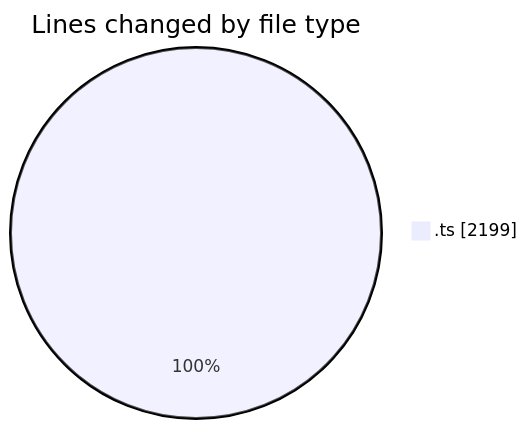
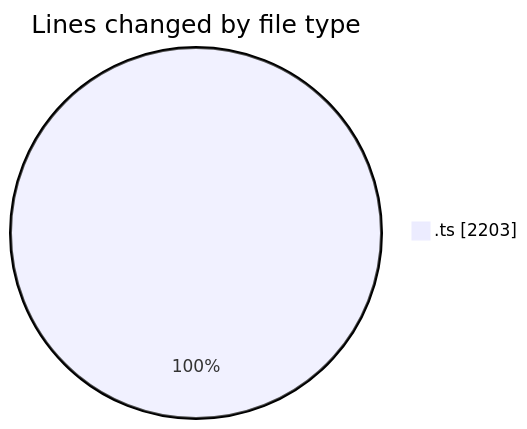
One commit to momahboobian/code-tracking changed the first of 2 diagrams in 2025-10-24/cda/README.md. Above: the diagram before and after it, drawn with Mermaid. The commit also changed other lines of this file and 1 other file, not shown here.

````diff
--- a/2025-10-24/cda/README.md
+++ b/2025-10-24/cda/README.md
@@ -24,5 +24,5 @@
 ```mermaid
 pie showData
 title Lines changed by file type
-".ts" : 2199
+".ts" : 2203
 ```
````
